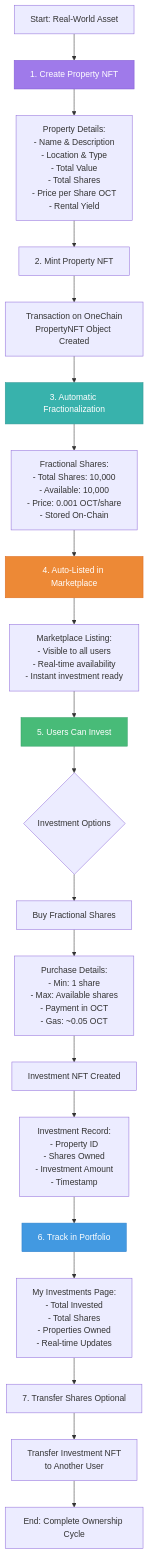
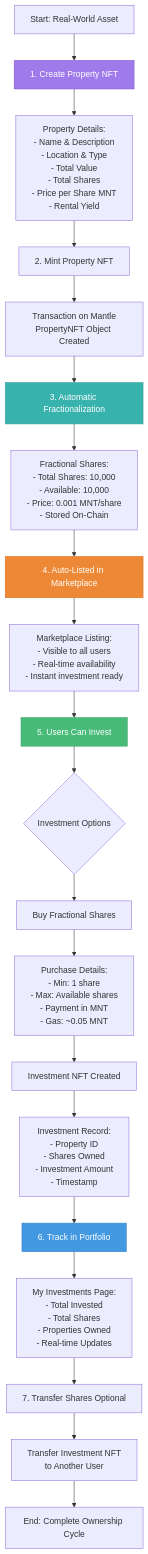
One commit to RWA-Exchange/RWA-Exchange-Mantle changed the first of 3 diagrams in README.md. Above: the diagram before and after it, drawn with Mermaid. The commit also changed other lines of this file and 92 other files, not shown here.

````diff
--- a/README.md
+++ b/README.md
@@ -257,38 +257,38 @@
 ```mermaid
 flowchart TD
     Start[Start: Real-World Asset] --> Create[1. Create Property NFT]
     
-    Create --> CreateDetails[Property Details:<br/>- Name & Description<br/>- Location & Type<br/>- Total Value<br/>- Total Shares<br/>- Price per Share OCT<br/>- Rental Yield]
+    Create --> CreateDetails[Property Details:<br/>- Name & Description<br/>- Location & Type<br/>- Total Value<br/>- Total Shares<br/>- Price per Share MNT<br/>- Rental Yield]
     
     CreateDetails --> Mint[2. Mint Property NFT]
-    Mint --> MintTx[Transaction on OneChain<br/>PropertyNFT Object Created]
+    Mint --> MintTx[Transaction on Mantle<br/>PropertyNFT Object Created]
     
     MintTx --> Fractional[3. Automatic Fractionalization]
-    Fractional --> FracDetails[Fractional Shares:<br/>- Total Shares: 10,000<br/>- Available: 10,000<br/>- Price: 0.001 OCT/share<br/>- Stored On-Chain]
+    Fractional --> FracDetails[Fractional Shares:<br/>- Total Shares: 10,000<br/>- Available: 10,000<br/>- Price: 0.001 MNT/share<br/>- Stored On-Chain]
     
     FracDetails --> List[4. Auto-Listed in Marketplace]
     List --> ListDetails[Marketplace Listing:<br/>- Visible to all users<br/>- Real-time availability<br/>- Instant investment ready]
     
     ListDetails --> Invest[5. Users Can Invest]
     Invest --> InvestOptions{Investment Options}
     
     InvestOptions --> BuyShares[Buy Fractional Shares]
-    BuyShares --> ShareDetails[Purchase Details:<br/>- Min: 1 share<br/>- Max: Available shares<br/>- Payment in OCT<br/>- Gas: ~0.05 OCT]
+    BuyShares --> ShareDetails[Purchase Details:<br/>- Min: 1 share<br/>- Max: Available shares<br/>- Payment in MNT<br/>- Gas: ~0.05 MNT]
     
     ShareDetails --> InvestNFT[Investment NFT Created]
     InvestNFT --> InvestRecord[Investment Record:<br/>- Property ID<br/>- Shares Owned<br/>- Investment Amount<br/>- Timestamp]
     
     InvestRecord --> Portfolio[6. Track in Portfolio]
     Portfolio --> PortfolioView[My Investments Page:<br/>- Total Invested<br/>- Total Shares<br/>- Properties Owned<br/>- Real-time Updates]
     
     PortfolioView --> Transfer[7. Transfer Shares Optional]
     Transfer --> TransferTx[Transfer Investment NFT<br/>to Another User]
     
     TransferTx --> End[End: Complete Ownership Cycle]
     
     style Create fill:#9f7aea,stroke:#805ad5,color:#fff
     style Fractional fill:#38b2ac,stroke:#319795,color:#fff
     style List fill:#ed8936,stroke:#dd6b20,color:#fff
     style Invest fill:#48bb78,stroke:#38a169,color:#fff
     style Portfolio fill:#4299e1,stroke:#3182ce,color:#fff
 ```
````
